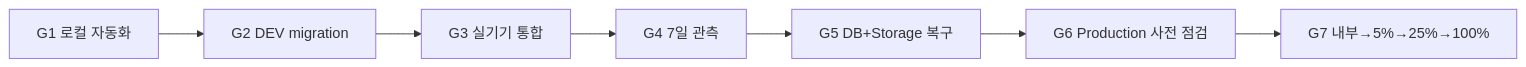
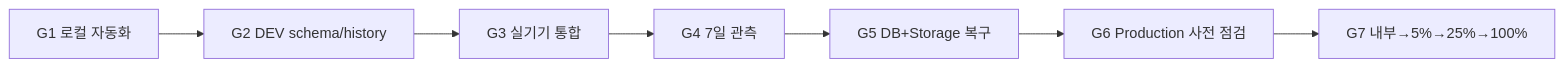
One commit to ysjee141/nexvoy-frontend changed the first of 9 diagrams in walkthrough.md. Above: the diagram before and after it, drawn with Mermaid. The commit also changed other lines of this file and 10 other files, not shown here.

````diff
--- a/walkthrough.md
+++ b/walkthrough.md
@@ -9,9 +40,9 @@
 ```mermaid
 flowchart LR
-    Local["G1 로컬 자동화"] --> Dev["G2 DEV migration"]
+    Local["G1 로컬 자동화"] --> Dev["G2 DEV schema/history"]
     Dev --> Matrix["G3 실기기 통합"]
     Matrix --> Observe["G4 7일 관측"]
     Observe --> Restore["G5 DB+Storage 복구"]
     Restore --> Preflight["G6 Production 사전 점검"]
     Preflight --> Rollout["G7 내부→5%→25%→100%"]
 ```
````
